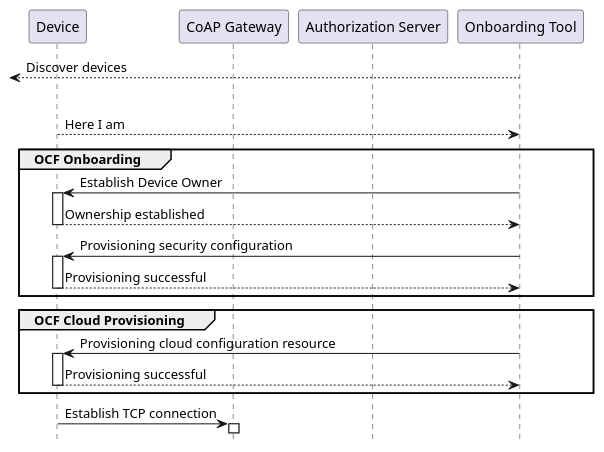
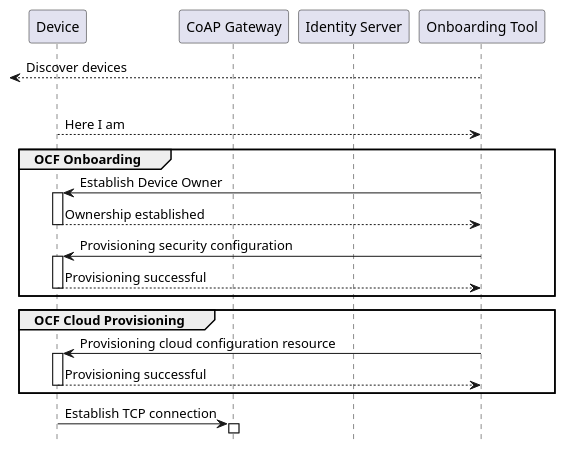
One commit to plgd-dev/doc changed the first of 7 diagrams in content/en/architecture/component-overview.md. Above: the diagram before and after it, drawn with PlantUML. The commit also changed other lines of this file and 5 other files, not shown here.

```diff
--- a/content/en/architecture/component-overview.md
+++ b/content/en/architecture/component-overview.md
@@ -35,26 +35,26 @@
 {{< plantuml id="device-onboarding" >}}
 @startuml Sequence
 skinparam backgroundColor transparent
 hide footbox
 
 participant D as "Device"
 participant CGW as "CoAP Gateway"
-participant AS as "Authorization Server"
+participant IS as "Identity Server"
 participant OBT as "Onboarding Tool"
 
 OBT -->[: Discover devices
 |||
 D --> OBT: Here I am
 group OCF Onboarding
     OBT -> D ++: Establish Device Owner
     return Ownership established
     OBT -> D ++: Provisioning security configuration
     return Provisioning successful
 end
 group OCF Cloud Provisioning
     OBT -> D ++: Provisioning cloud configuration resource
     return Provisioning successful
 end
 D -> CGW ++: Establish TCP connection
 @enduml
 {{< /plantuml >}}
```
